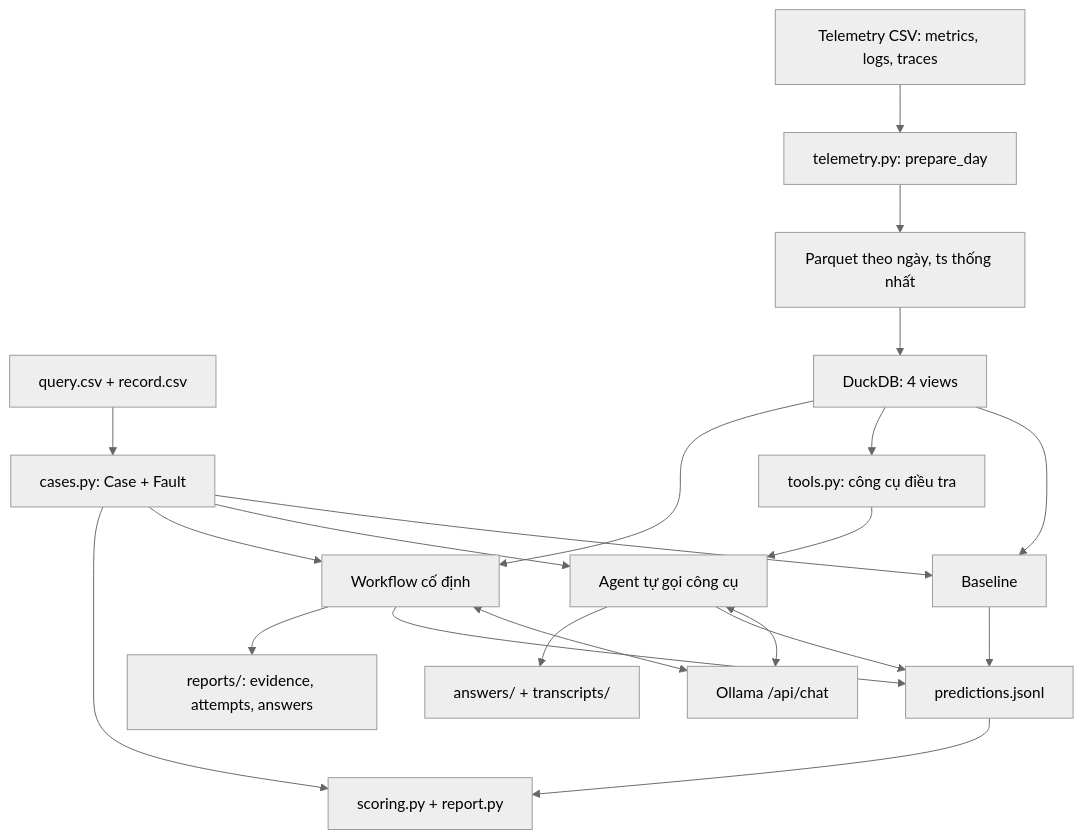
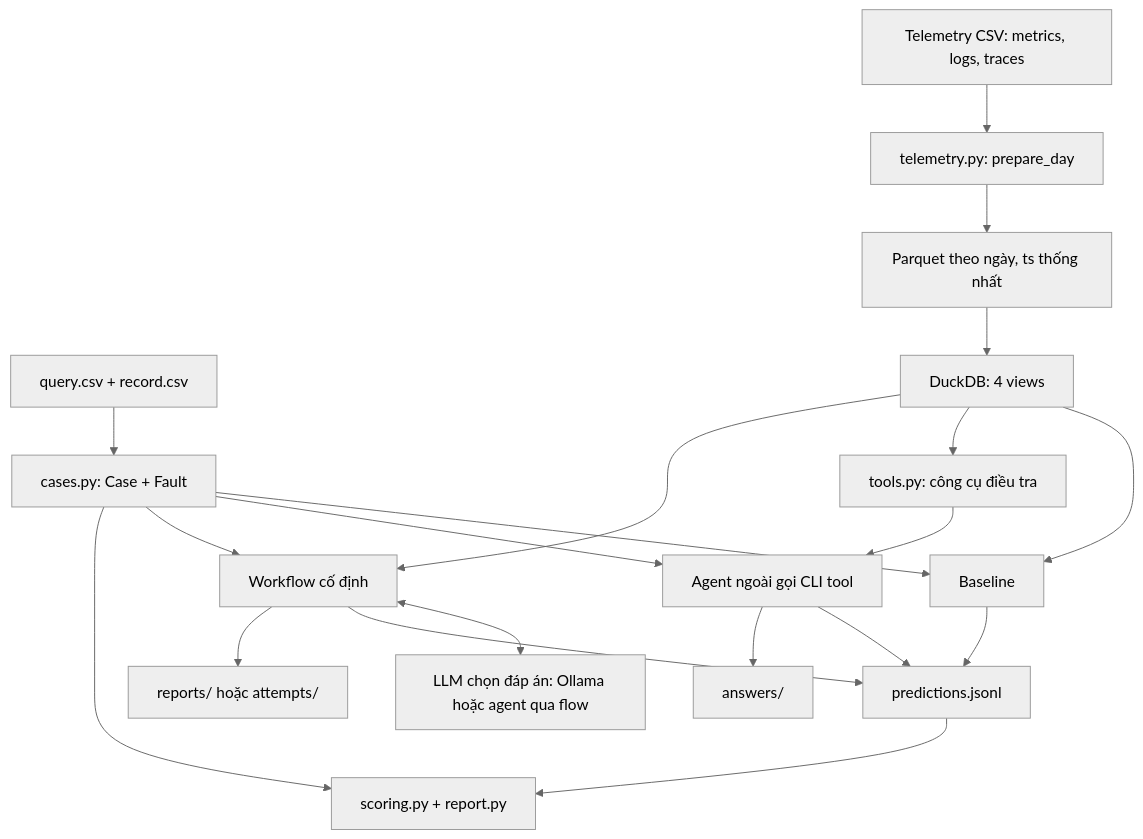
One commit to d2mteam/rca-agent changed the diagram in README.md. Above: the diagram before and after it, drawn with Mermaid (neutral theme). The commit also changed other lines of this file and 16 other files, not shown here.

````diff
--- a/README.md
+++ b/README.md
@@ -26,23 +29,22 @@
 ```mermaid
 flowchart TD
     Q["query.csv + record.csv"] --> C["cases.py: Case + Fault"]
     T["Telemetry CSV: metrics, logs, traces"] --> P["telemetry.py: prepare_day"]
     P --> F["Parquet theo ngày, ts thống nhất"]
     F --> D["DuckDB: 4 views"]
     C --> B["Baseline"]
-    C --> A["Agent tự gọi công cụ"]
+    C --> A["Agent ngoài gọi CLI tool"]
     C --> W["Workflow cố định"]
     C --> S["scoring.py + report.py"]
     D --> B
     D --> U["tools.py: công cụ điều tra"]
     U --> A
     D --> W
-    A <--> O["Ollama /api/chat"]
-    W <--> O
+    W <--> O["LLM chọn đáp án: Ollama hoặc agent qua flow"]
     B --> J["predictions.jsonl"]
     A --> J
     W --> J
     J --> S
-    A --> L["answers/ + transcripts/"]
-    W --> R["reports/: evidence, attempts, answers"]
+    A --> L["answers/"]
+    W --> R["reports/ hoặc attempts/"]
 ```
````
